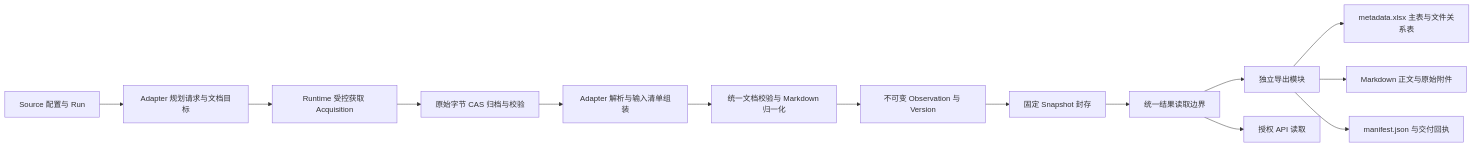
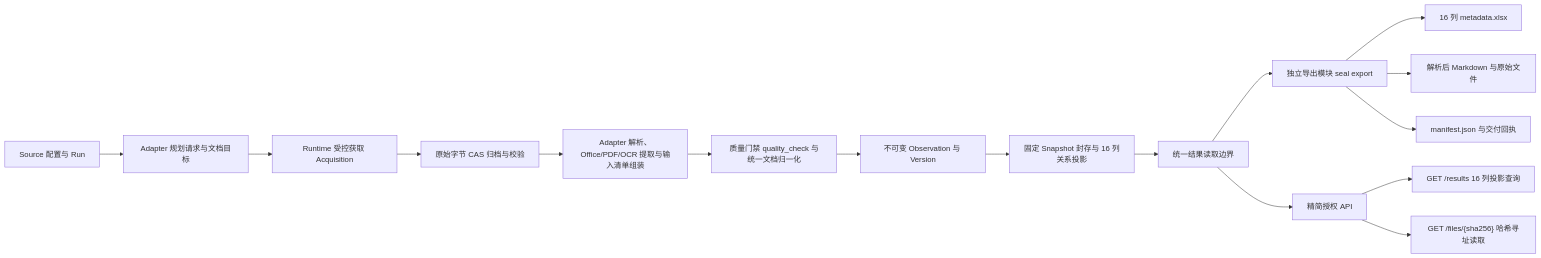
The diagram in docs/plans/source-adapters-delivery.md (nanzhi84/SEAL), drawn with Mermaid before and after one commit. The commit also changed other lines of this file and 5 other files, not shown here.

````diff
--- a/docs/plans/source-adapters-delivery.md
+++ b/docs/plans/source-adapters-delivery.md
@@ -19,16 +22,18 @@
 ```mermaid
 flowchart LR
   A[Source 配置与 Run] --> B[Adapter 规划请求与文档目标]
   B --> C[Runtime 受控获取 Acquisition]
   C --> D[原始字节 CAS 归档与校验]
-  D --> E[Adapter 解析与输入清单组装]
-  E --> F[统一文档校验与 Markdown 归一化]
+  D --> E[Adapter 解析、Office/PDF/OCR 提取与输入清单组装]
+  E --> F[质量门禁 quality_check 与统一文档归一化]
   F --> G[不可变 Observation 与 Version]
-  G --> H[固定 Snapshot 封存]
+  G --> H[固定 Snapshot 封存与 16 列关系投影]
   H --> I[统一结果读取边界]
-  I --> J[独立导出模块]
-  I --> K[授权 API 读取]
-  J --> L[metadata.xlsx 主表与文件关系表]
-  J --> M[Markdown 正文与原始附件]
+  I --> J[独立导出模块 seal export]
+  I --> K[精简授权 API]
+  J --> L[16 列 metadata.xlsx]
+  J --> M[解析后 Markdown 与原始文件]
   J --> N[manifest.json 与交付回执]
+  K --> O[GET /results 16 列投影查询]
+  K --> P["GET /files/{sha256} 哈希寻址读取"]
 ```
````
